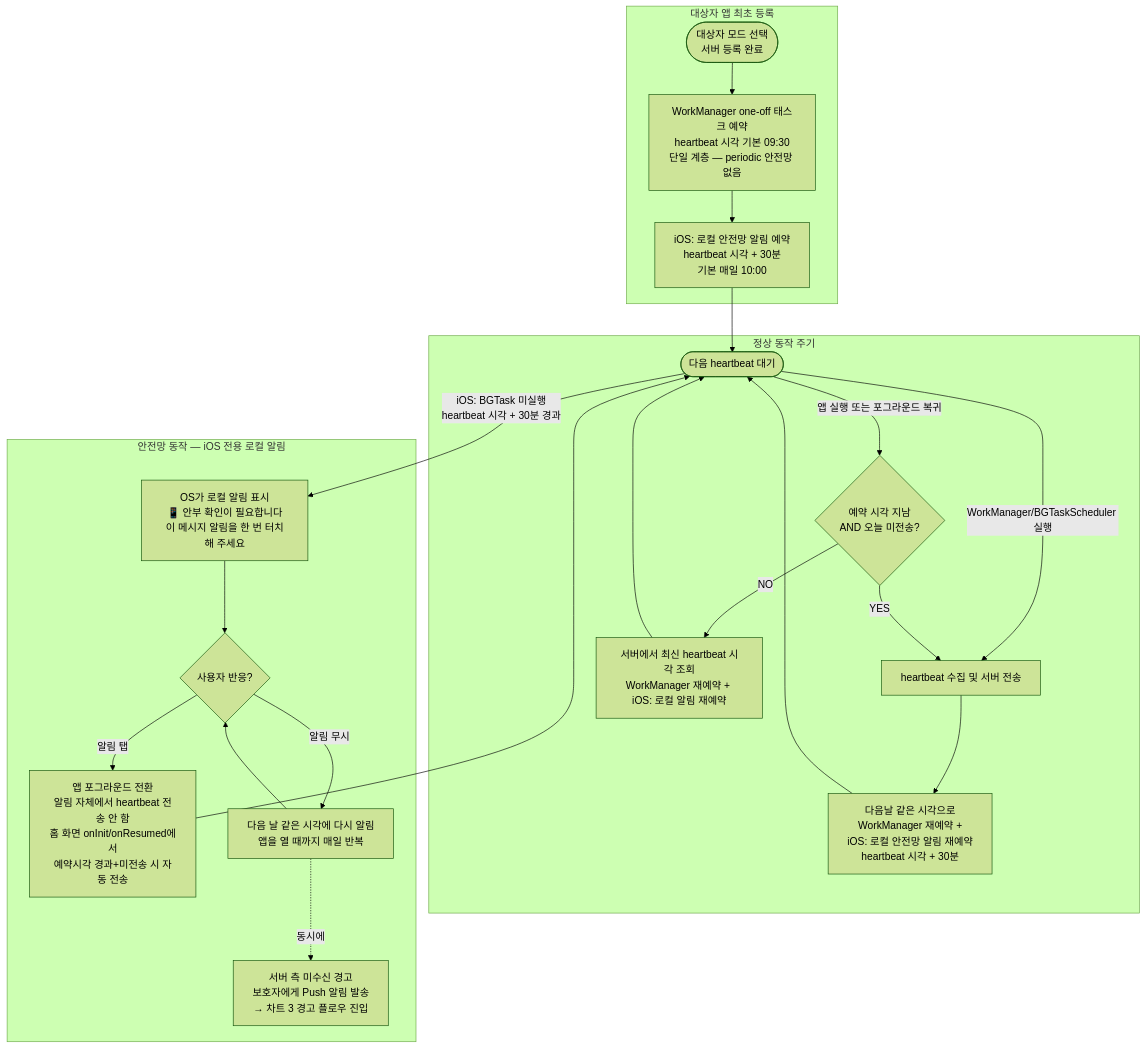
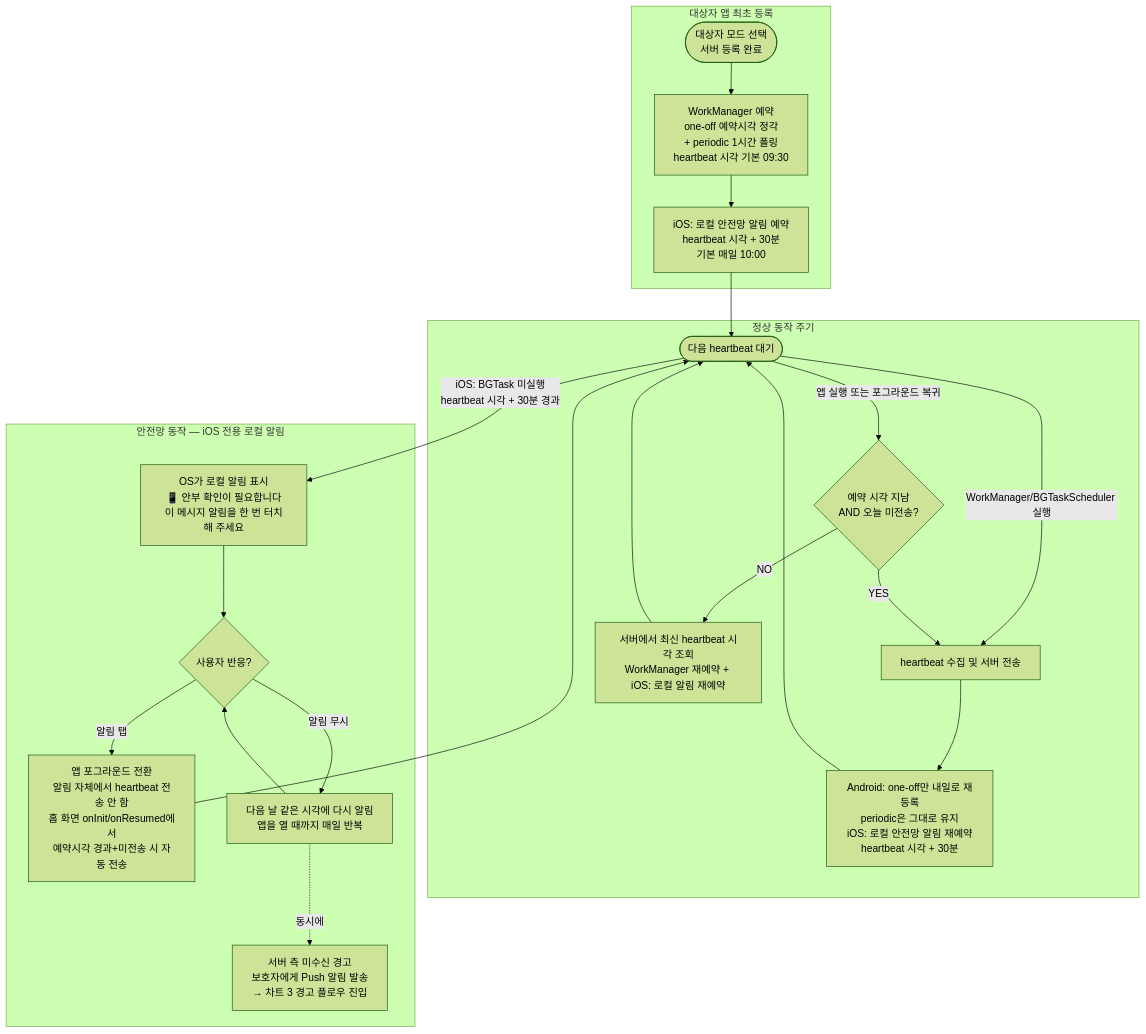
Before and after one commit to l10s18bok/kr.co.anbucheck: the eighth of 8 diagrams in .claude/rules/heartbeat_flowchart.md, drawn with Mermaid (forest theme). The commit also changed other lines of this file and 2 other files, not shown here.

First line of the commit message:
문서: WorkManager 2계층(one-off + periodic 1h) 안전망 반영

````diff
--- a/.claude/rules/heartbeat_flowchart.md
+++ b/.claude/rules/heartbeat_flowchart.md
@@ -280,37 +280,37 @@
 ```mermaid
 flowchart TD
     subgraph 최초설치[대상자 앱 최초 등록]
         Install([대상자 모드 선택<br/>서버 등록 완료])
-        Install --> FirstWM[WorkManager one-off 태스크 예약<br/>heartbeat 시각 기본 09:30<br/>단일 계층 — periodic 안전망 없음]
+        Install --> FirstWM[WorkManager 예약<br/>one-off 예약시각 정각<br/>+ periodic 1시간 폴링<br/>heartbeat 시각 기본 09:30]
         FirstWM --> FirstAlarm[iOS: 로컬 안전망 알림 예약<br/>heartbeat 시각 + 30분<br/>기본 매일 10:00]
     end
 
     FirstAlarm --> Wait
 
     subgraph 정상주기[정상 동작 주기]
         Wait([다음 heartbeat 대기])
         Wait -->|WorkManager/BGTaskScheduler 실행| Collect[heartbeat 수집 및 서버 전송]
-        Collect --> Reschedule[다음날 같은 시각으로<br/>WorkManager 재예약 +<br/>iOS: 로컬 안전망 알림 재예약<br/>heartbeat 시각 + 30분]
+        Collect --> Reschedule[Android: one-off만 내일로 재등록<br/>periodic은 그대로 유지<br/>iOS: 로컬 안전망 알림 재예약<br/>heartbeat 시각 + 30분]
         Reschedule --> Wait
         Wait -->|앱 실행 또는 포그라운드 복귀| AutoSend{예약 시각 지남<br/>AND 오늘 미전송?}
         AutoSend -->|YES| Collect
         AutoSend -->|NO| ServerSync[서버에서 최신 heartbeat 시각 조회<br/>WorkManager 재예약 + iOS: 로컬 알림 재예약]
         ServerSync --> Wait
     end
 
     Wait -->|iOS: BGTask 미실행<br/>heartbeat 시각 + 30분 경과| Alarm
 
     subgraph 안전망[안전망 동작 — iOS 전용 로컬 알림]
         Alarm[OS가 로컬 알림 표시<br/>📱 안부 확인이 필요합니다<br/>이 메시지 알림을 한 번 터치해 주세요]
 
         Alarm --> UserAction{사용자 반응?}
 
         UserAction -->|알림 탭| AppOpen[앱 포그라운드 전환<br/>알림 자체에서 heartbeat 전송 안 함<br/>홈 화면 onInit/onResumed에서<br/>예약시각 경과+미전송 시 자동 전송]
         AppOpen --> Wait
 
         UserAction -->|알림 무시| Repeat[다음 날 같은 시각에 다시 알림<br/>앱을 열 때까지 매일 반복]
         Repeat --> UserAction
 
         Repeat -.->|동시에| ServerAlert[서버 측 미수신 경고<br/>보호자에게 Push 알림 발송<br/>→ 차트 3 경고 플로우 진입]
     end
 ```
````
